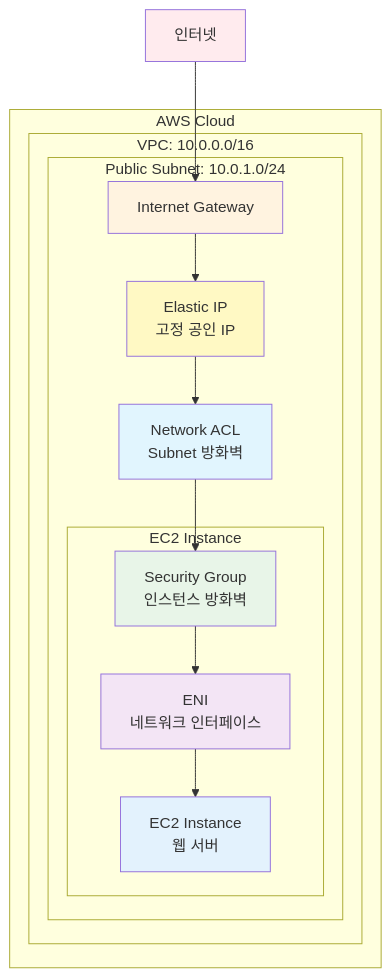
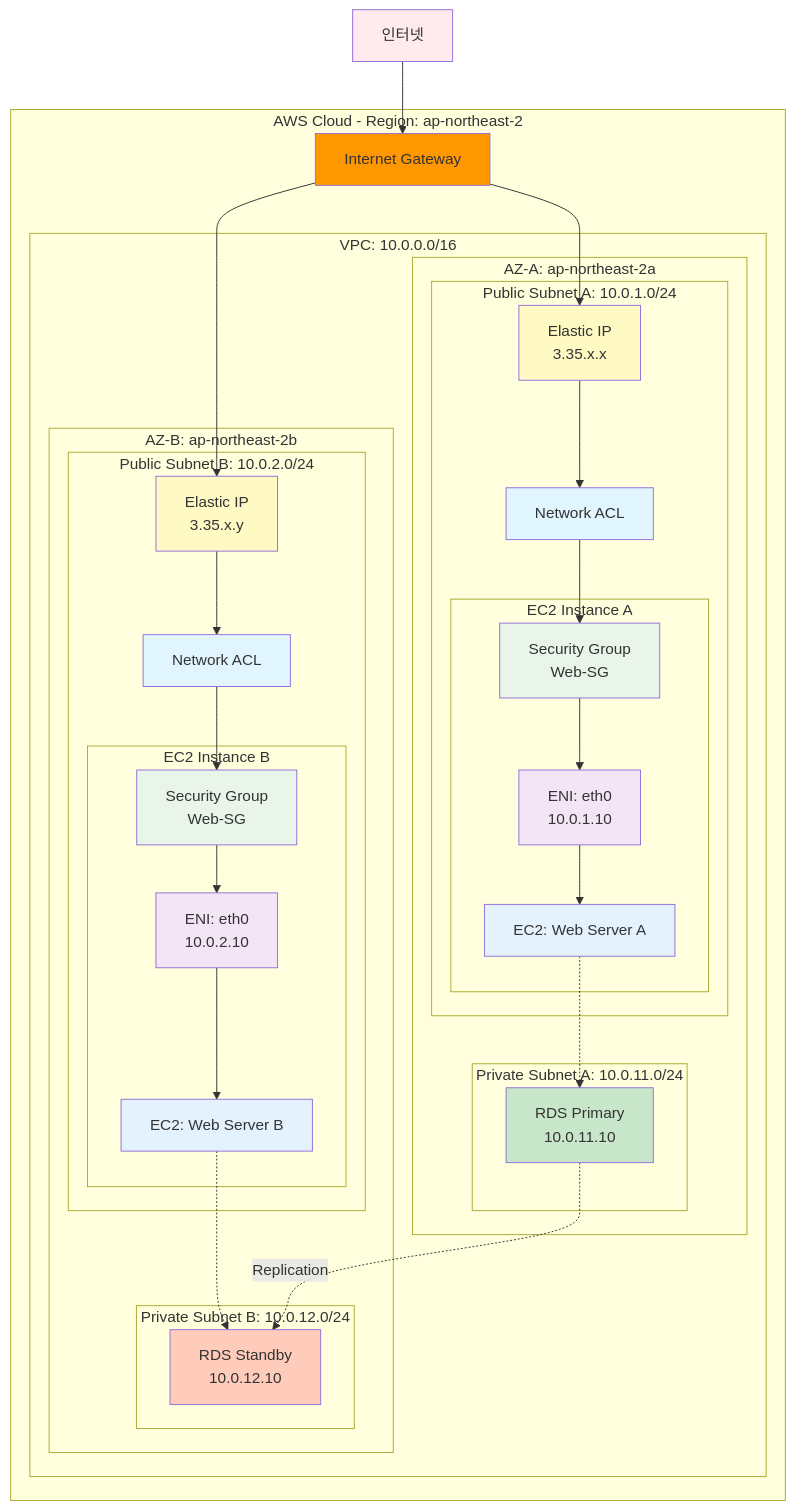
The second of 9 diagrams in theory/week_05/day1/session_3.md (niceguy61/kdt_devops_lecture_2025), drawn with Mermaid before and after one commit. The commit also changed other lines of this file, not shown here.

````diff
--- a/theory/week_05/day1/session_3.md
+++ b/theory/week_05/day1/session_3.md
@@ -86,33 +86,74 @@
 ```mermaid
 graph TB
-    subgraph "AWS Cloud"
+    Internet[인터넷]
+    
+    subgraph "AWS Cloud - Region: ap-northeast-2"
+        IGW[Internet Gateway]
+        
         subgraph "VPC: 10.0.0.0/16"
-            subgraph "Public Subnet: 10.0.1.0/24"
-                IGW[Internet Gateway]
-                EIP[Elastic IP<br/>고정 공인 IP]
-                NACL[Network ACL<br/>Subnet 방화벽]
+            subgraph "AZ-A: ap-northeast-2a"
+                subgraph "Public Subnet A: 10.0.1.0/24"
+                    NACL_A[Network ACL]
+                    EIP_A[Elastic IP<br/>3.35.x.x]
+                    
+                    subgraph "EC2 Instance A"
+                        SG_A[Security Group<br/>Web-SG]
+                        ENI_A[ENI: eth0<br/>10.0.1.10]
+                        EC2_A[EC2: Web Server A]
+                    end
+                end
                 
-                subgraph "EC2 Instance"
-                    SG[Security Group<br/>인스턴스 방화벽]
-                    EC2[EC2 Instance<br/>웹 서버]
-                    ENI[ENI<br/>네트워크 인터페이스]
+                subgraph "Private Subnet A: 10.0.11.0/24"
+                    DB_A[RDS Primary<br/>10.0.11.10]
+                end
+            end
+            
+            subgraph "AZ-B: ap-northeast-2b"
+                subgraph "Public Subnet B: 10.0.2.0/24"
+                    NACL_B[Network ACL]
+                    EIP_B[Elastic IP<br/>3.35.x.y]
+                    
+                    subgraph "EC2 Instance B"
+                        SG_B[Security Group<br/>Web-SG]
+                        ENI_B[ENI: eth0<br/>10.0.2.10]
+                        EC2_B[EC2: Web Server B]
+                    end
+                end
+                
+                subgraph "Private Subnet B: 10.0.12.0/24"
+                    DB_B[RDS Standby<br/>10.0.12.10]
                 end
             end
         end
     end
     
-    Internet[인터넷] --> IGW
-    IGW --> EIP
-    EIP --> NACL
-    NACL --> SG
-    SG --> ENI
-    ENI --> EC2
+    Internet --> IGW
+    IGW --> EIP_A
+    IGW --> EIP_B
+    EIP_A --> NACL_A
+    EIP_B --> NACL_B
+    NACL_A --> SG_A
+    NACL_B --> SG_B
+    SG_A --> ENI_A
+    SG_B --> ENI_B
+    ENI_A --> EC2_A
+    ENI_B --> EC2_B
+    EC2_A -.-> DB_A
+    EC2_B -.-> DB_B
+    DB_A -.Replication.-> DB_B
     
     style Internet fill:#ffebee
-    style IGW fill:#fff3e0
-    style EIP fill:#fff9c4
-    style NACL fill:#e1f5fe
-    style SG fill:#e8f5e8
-    style ENI fill:#f3e5f5
-    style EC2 fill:#e3f2fd
+    style IGW fill:#ff9800
+    style NACL_A fill:#e1f5fe
+    style NACL_B fill:#e1f5fe
+    style SG_A fill:#e8f5e8
+    style SG_B fill:#e8f5e8
+    style EIP_A fill:#fff9c4
+    style EIP_B fill:#fff9c4
+    style ENI_A fill:#f3e5f5
+    style ENI_B fill:#f3e5f5
+    style EC2_A fill:#e3f2fd
+    style EC2_B fill:#e3f2fd
+    style DB_A fill:#c8e6c9
+    style DB_B fill:#ffccbc
 ```
````
